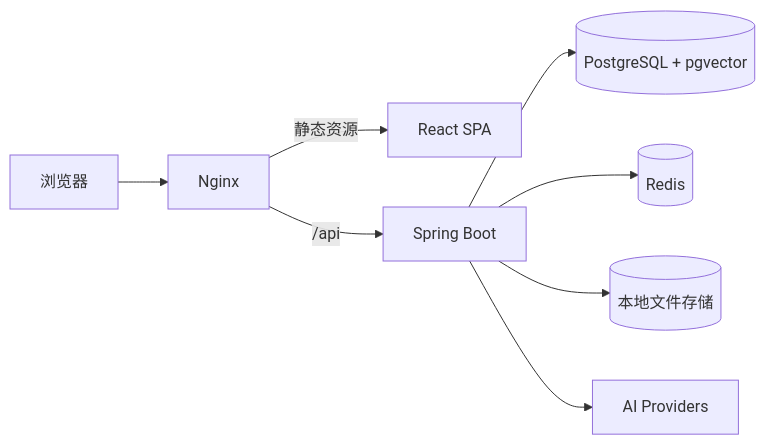
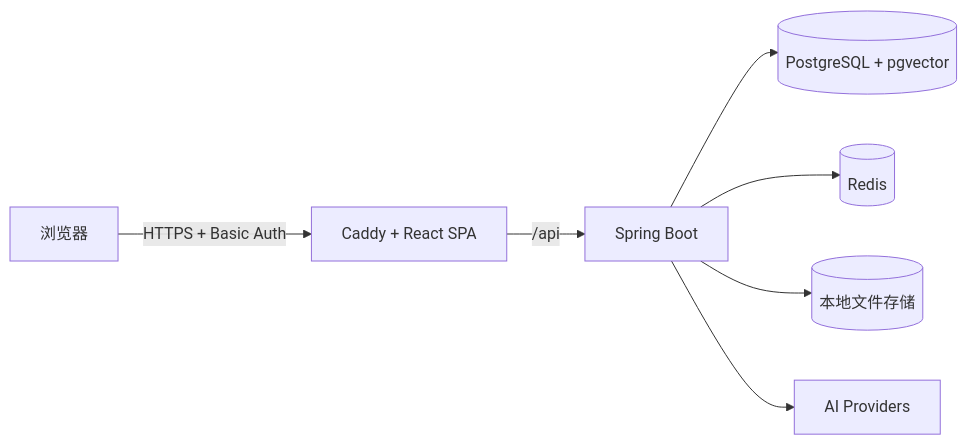
One commit to grapeless/ai-note-workbench changed the diagram in README.md. Above: the diagram before and after it, drawn with Mermaid. The commit also changed other lines of this file and 5 other files, not shown here.

Commit message:
🔧 迁移前端容器至 Caddy 并启用 Basic Auth

````diff
--- a/README.md
+++ b/README.md
@@ -39,10 +39,9 @@
 ```mermaid
 flowchart LR
-    Browser[浏览器] --> Nginx[Nginx]
-    Nginx -->|静态资源| Web[React SPA]
-    Nginx -->|/api| Backend[Spring Boot]
+    Browser[浏览器] -->|HTTPS + Basic Auth| Caddy[Caddy + React SPA]
+    Caddy -->|/api| Backend[Spring Boot]
     Backend --> PostgreSQL[(PostgreSQL + pgvector)]
     Backend --> Redis[(Redis)]
     Backend --> Storage[(本地文件存储)]
     Backend --> Providers[AI Providers]
 ```
````
